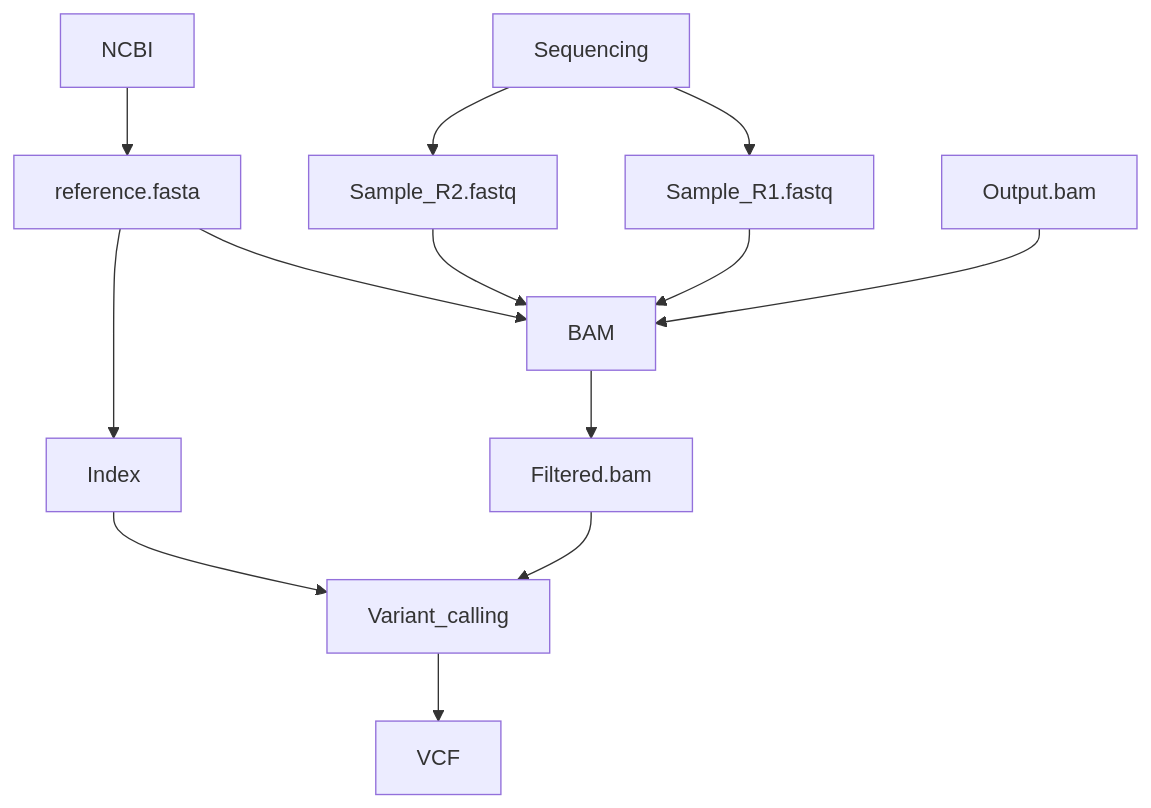
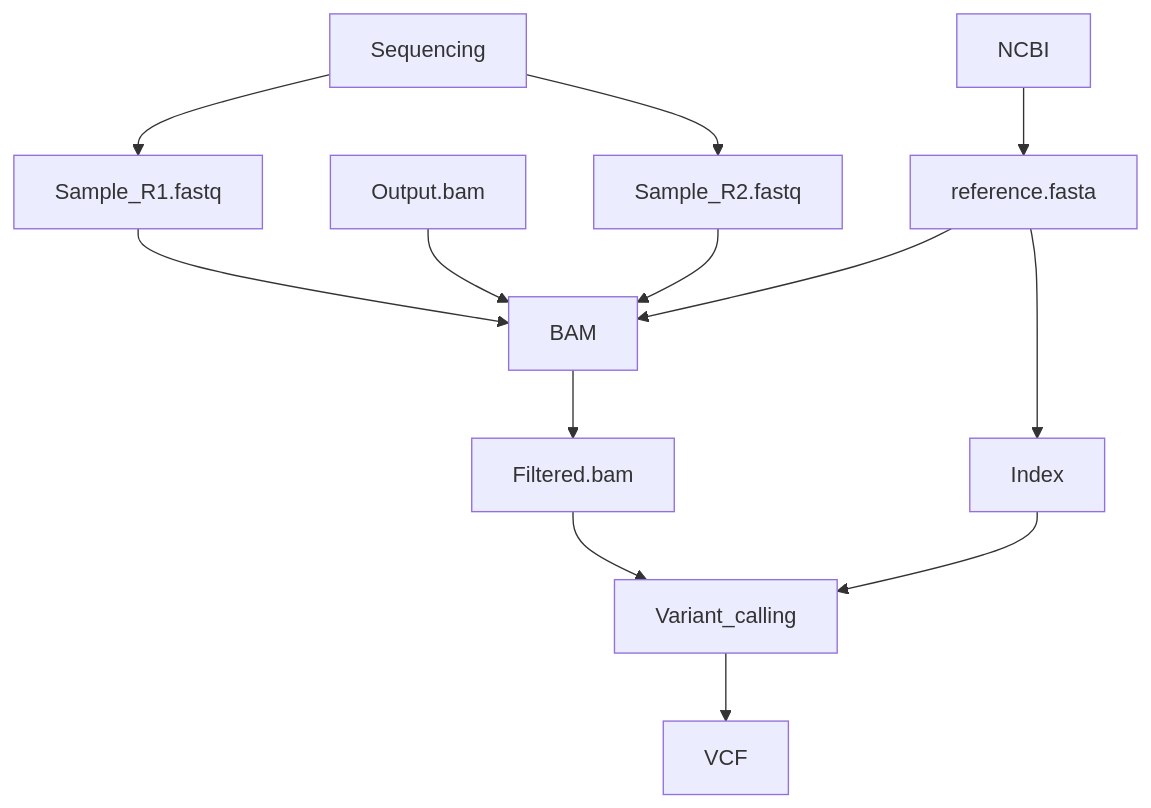
Before and after one commit to fchuffar/mitoseq: the diagram in README.md, drawn with Mermaid. The commit also changed other lines of this file, not shown here.

````diff
--- a/README.md
+++ b/README.md
@@ -29,16 +29,16 @@
 ```mermaid
 graph TD;
 Sequencing-->Sample_R1.fastq;
 Sequencing-->Sample_R2.fastq;
 NCBI-->reference.fasta;
 Sample_R1.fastq-->BAM;
+Output.bam-->BAM;
 Sample_R2.fastq-->BAM;
 reference.fasta-->BAM;
-Output.bam-->BAM;
 reference.fasta-->Index;
 BAM-->Filtered.bam;
 Filtered.bam-->Variant_calling;
 Index-->Variant_calling;
 Variant_calling-->VCF
 
 ```
````
